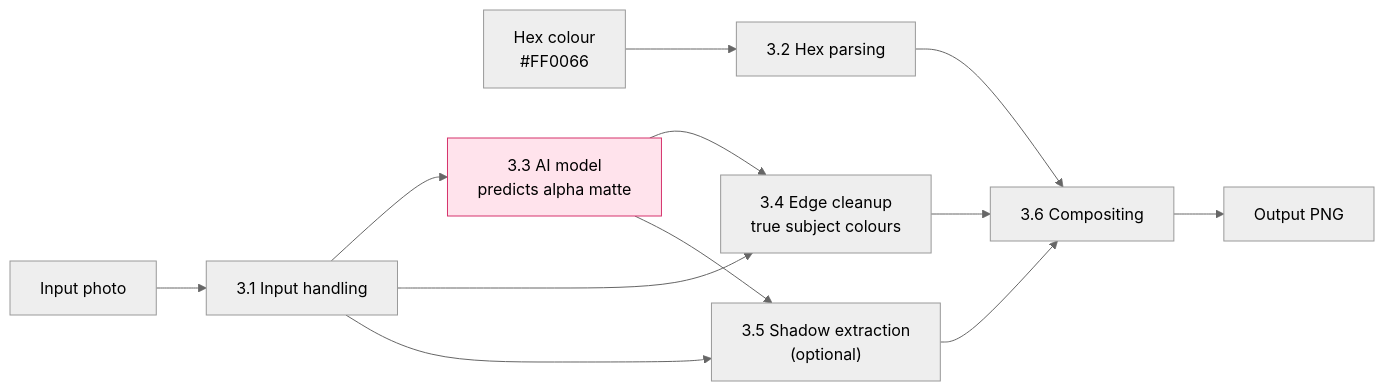
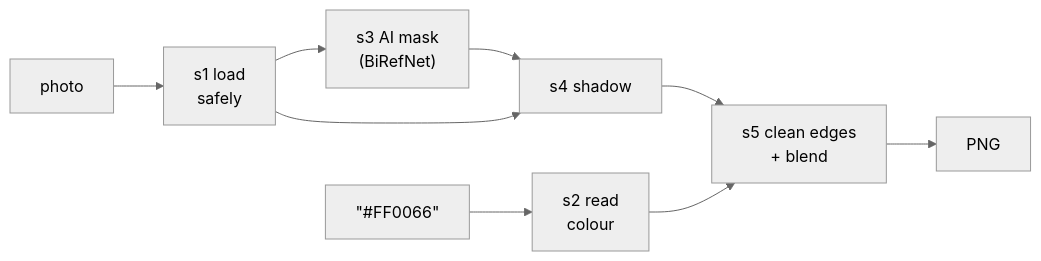
The diagram in README.md (Maher-bouchrara/bg-changer-MODELIA), drawn with Mermaid (neutral theme) before and after one commit. The commit also changed other lines of this file and 1 other file, not shown here.

````diff
--- a/README.md
+++ b/README.md
@@ -57,19 +113,6 @@
 ```mermaid
 flowchart LR
-    IMG["Input photo"] --> IN["3.1 Input handling"]
-    HEX["Hex colour<br/>#FF0066"] --> HP["3.2 Hex parsing"]
-
-    IN --> SEG["3.3 AI model<br/>predicts alpha matte"]
-    SEG --> FG["3.4 Edge cleanup<br/>true subject colours"]
-    IN --> FG
-
-    IN --> SH["3.5 Shadow extraction<br/>(optional)"]
-    SEG --> SH
-
-    FG --> CMP["3.6 Compositing"]
-    HP --> CMP
-    SH --> CMP
-    CMP --> OUT["Output PNG"]
-
-    style SEG fill:#ffe3ec,stroke:#d6336c
+    P["photo"] --> S1["s1 load<br/>safely"] --> S3["s3 AI mask<br/>(BiRefNet)"] --> S4["s4 shadow"] --> S5["s5 clean edges<br/>+ blend"] --> O["PNG"]
+    C["#quot;#FF0066#quot;"] --> S2["s2 read<br/>colour"] --> S5
+    S1 --> S4
 ```
````
